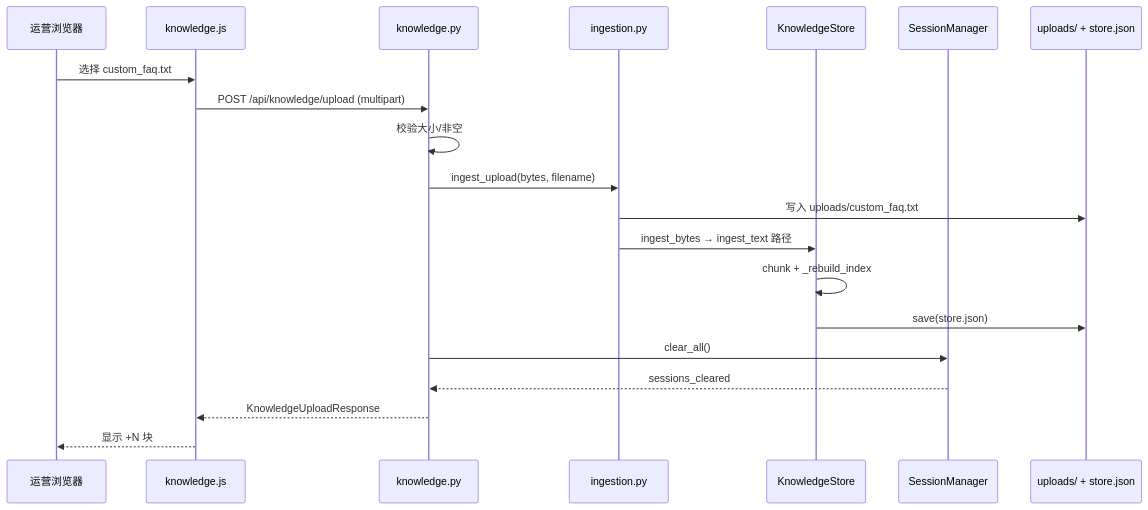
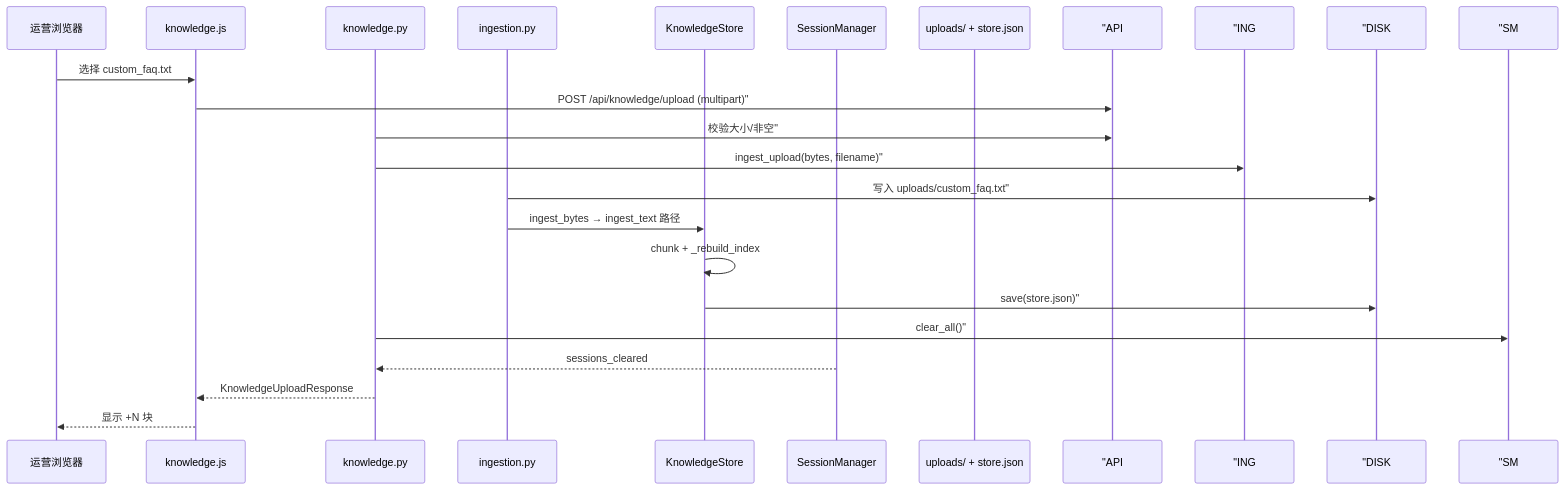
One commit to ab6539763/70_days_course_plus changed the first of 3 diagrams in course/day25/04_流程图与示意图.md. Above: the diagram before and after it, drawn with Mermaid. The commit also changed other lines of this file and 128 other files, not shown here.

First line of the commit message:
fix(course): repair day31-37 diagrams, titles, and missing content

````diff
--- a/course/day25/04_流程图与示意图.md
+++ b/course/day25/04_流程图与示意图.md
@@ -5,23 +5,23 @@
 ```mermaid
 sequenceDiagram
     participant U as 运营浏览器
     participant JS as knowledge.js
     participant API as knowledge.py
     participant ING as ingestion.py
     participant KS as KnowledgeStore
     participant SM as SessionManager
     participant DISK as uploads/ + store.json
 
     U->>JS: 选择 custom_faq.txt
-    JS->>API: POST /api/knowledge/upload (multipart)
-    API->>API: 校验大小/非空
-    API->>ING: ingest_upload(bytes, filename)
-    ING->>DISK: 写入 uploads/custom_faq.txt
+    JS->> "API: POST /api/knowledge/upload (multipart)"
+    API->> "API: 校验大小/非空"
+    API->> "ING: ingest_upload(bytes, filename)"
+    ING->> "DISK: 写入 uploads/custom_faq.txt"
     ING->>KS: ingest_bytes → ingest_text 路径
     KS->>KS: chunk + _rebuild_index
-    KS->>DISK: save(store.json)
-    API->>SM: clear_all()
+    KS->> "DISK: save(store.json)"
+    API->> "SM: clear_all()"
     SM-->>API: sessions_cleared
     API-->>JS: KnowledgeUploadResponse
     JS-->>U: 显示 +N 块
 ```
````
